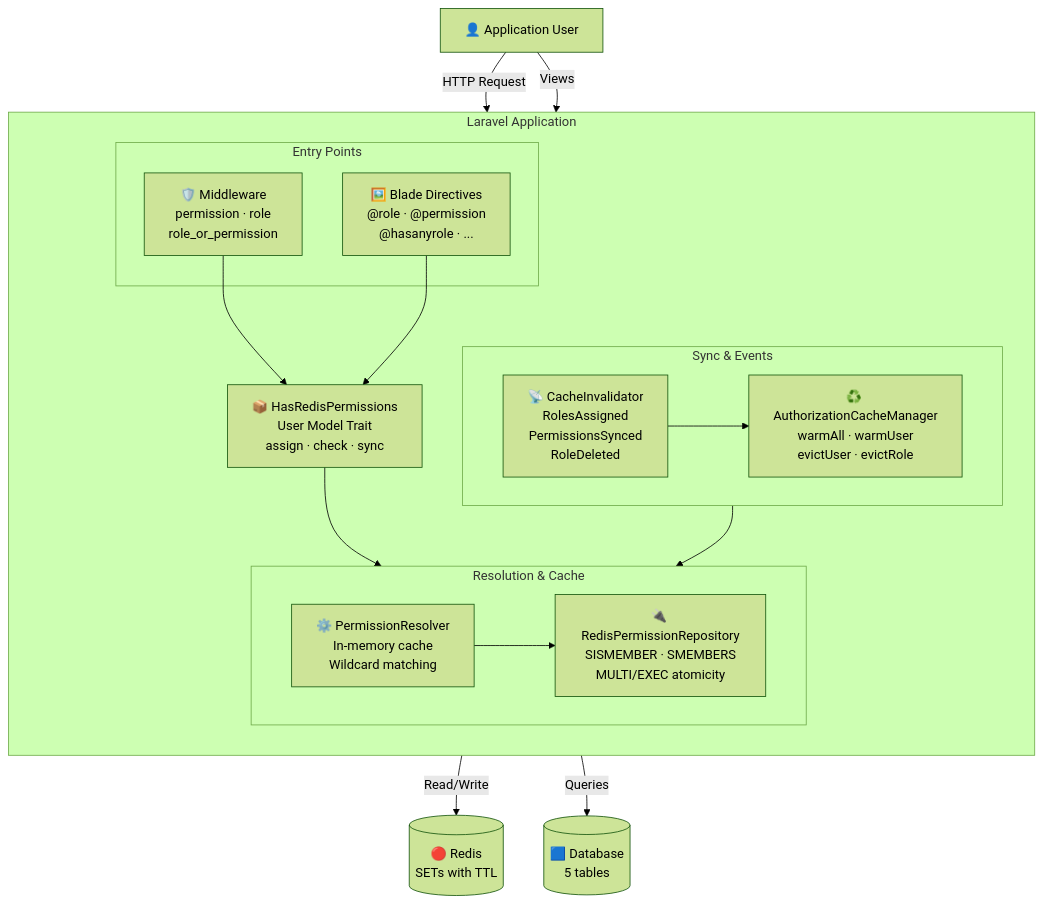
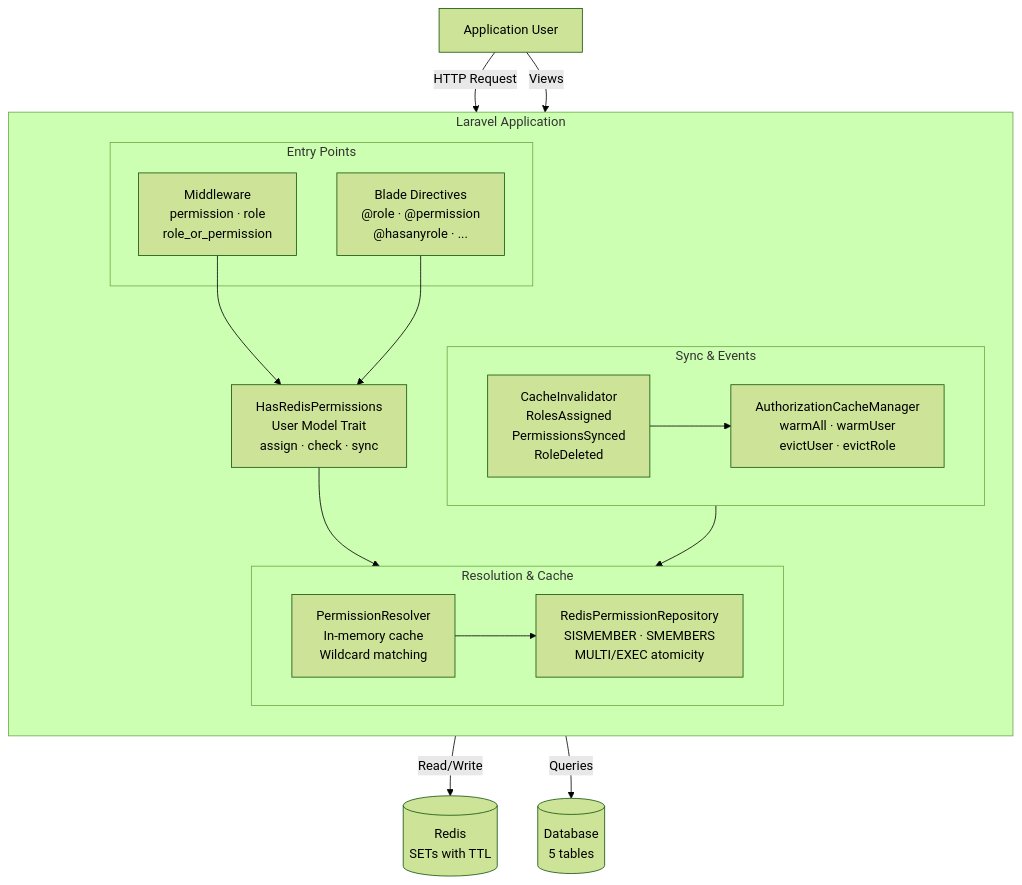
Before and after one commit to scabarcas17/laravel-permissions-redis: the second of 4 diagrams in README.md, drawn with Mermaid (forest theme). The commit also changed other lines of this file and 6 other files, not shown here.

````diff
--- a/README.md
+++ b/README.md
@@ -132,41 +126,41 @@
 ```mermaid
 flowchart TB
-    User["👤 Application User"]
+    User["Application User"]
 
     subgraph laravel ["Laravel Application"]
         direction TB
 
         subgraph entry ["Entry Points"]
-            MW["🛡️ Middleware\npermission · role\nrole_or_permission"]
-            BL["🖼️ Blade Directives\n@role · @permission\n@hasanyrole · ..."]
+            MW["Middleware\npermission · role\nrole_or_permission"]
+            BL["Blade Directives\n@role · @permission\n@hasanyrole · ..."]
         end
 
-        Trait["📦 HasRedisPermissions\nUser Model Trait\nassign · check · sync"]
+        Trait["HasRedisPermissions\nUser Model Trait\nassign · check · sync"]
 
         subgraph core ["Resolution & Cache"]
             direction LR
-            Resolver["⚙️ PermissionResolver\nIn-memory cache\nWildcard matching"]
-            Repo["🔌 RedisPermissionRepository\nSISMEMBER · SMEMBERS\nMULTI/EXEC atomicity"]
+            Resolver["PermissionResolver\nIn-memory cache\nWildcard matching"]
+            Repo["RedisPermissionRepository\nSISMEMBER · SMEMBERS\nMULTI/EXEC atomicity"]
         end
 
         subgraph sync ["Sync & Events"]
             direction LR
-            Manager["♻️ AuthorizationCacheManager\nwarmAll · warmUser\nevictUser · evictRole"]
-            Events["📡 CacheInvalidator\nRolesAssigned\nPermissionsSynced\nRoleDeleted"]
+            Manager["AuthorizationCacheManager\nwarmAll · warmUser\nevictUser · evictRole"]
+            Events["CacheInvalidator\nRolesAssigned\nPermissionsSynced\nRoleDeleted"]
         end
     end
 
-    Redis[("🔴 Redis\nSETs with TTL")]
-    DB[("🟦 Database\n5 tables")]
+    Redis[("Redis\nSETs with TTL")]
+    DB[("Database\n5 tables")]
 
     User -- "HTTP Request" --> MW
     User -- "Views" --> BL
     MW --> Trait
     BL --> Trait
     Trait --> Resolver
     Resolver --> Repo
     Repo -- "Read/Write" --> Redis
     Events --> Manager
     Manager -- "Queries" --> DB
     Manager --> Repo
 ```
````
